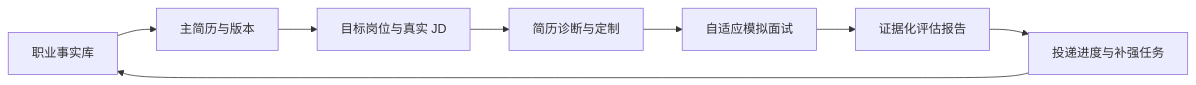
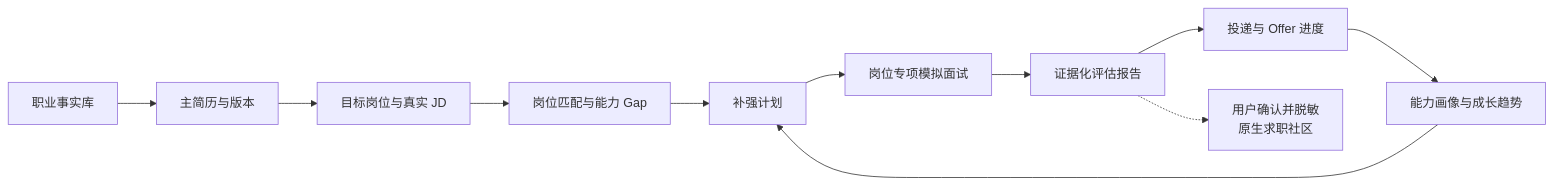
One commit to 6Asmile/AI_interview changed the first of 4 diagrams in README.md. Above: the diagram before and after it, drawn with Mermaid. The commit also changed other lines of this file and 45 other files, not shown here.

````diff
--- a/README.md
+++ b/README.md
@@ -18,10 +18,13 @@
 ```mermaid
 flowchart LR
     FACT["职业事实库"] --> RESUME["主简历与版本"]
     RESUME --> JOB["目标岗位与真实 JD"]
-    JOB --> MATCH["简历诊断与定制"]
-    MATCH --> INTERVIEW["自适应模拟面试"]
+    JOB --> MATCH["岗位匹配与能力 Gap"]
+    MATCH --> PLAN["补强计划"]
+    PLAN --> INTERVIEW["岗位专项模拟面试"]
     INTERVIEW --> REPORT["证据化评估报告"]
-    REPORT --> PLAN["投递进度与补强任务"]
-    PLAN --> FACT
+    REPORT --> APPLY["投递与 Offer 进度"]
+    APPLY --> PROFILE["能力画像与成长趋势"]
+    PROFILE --> PLAN
+    REPORT -.-> COMMUNITY["用户确认并脱敏<br/>原生求职社区"]
 ```
````
